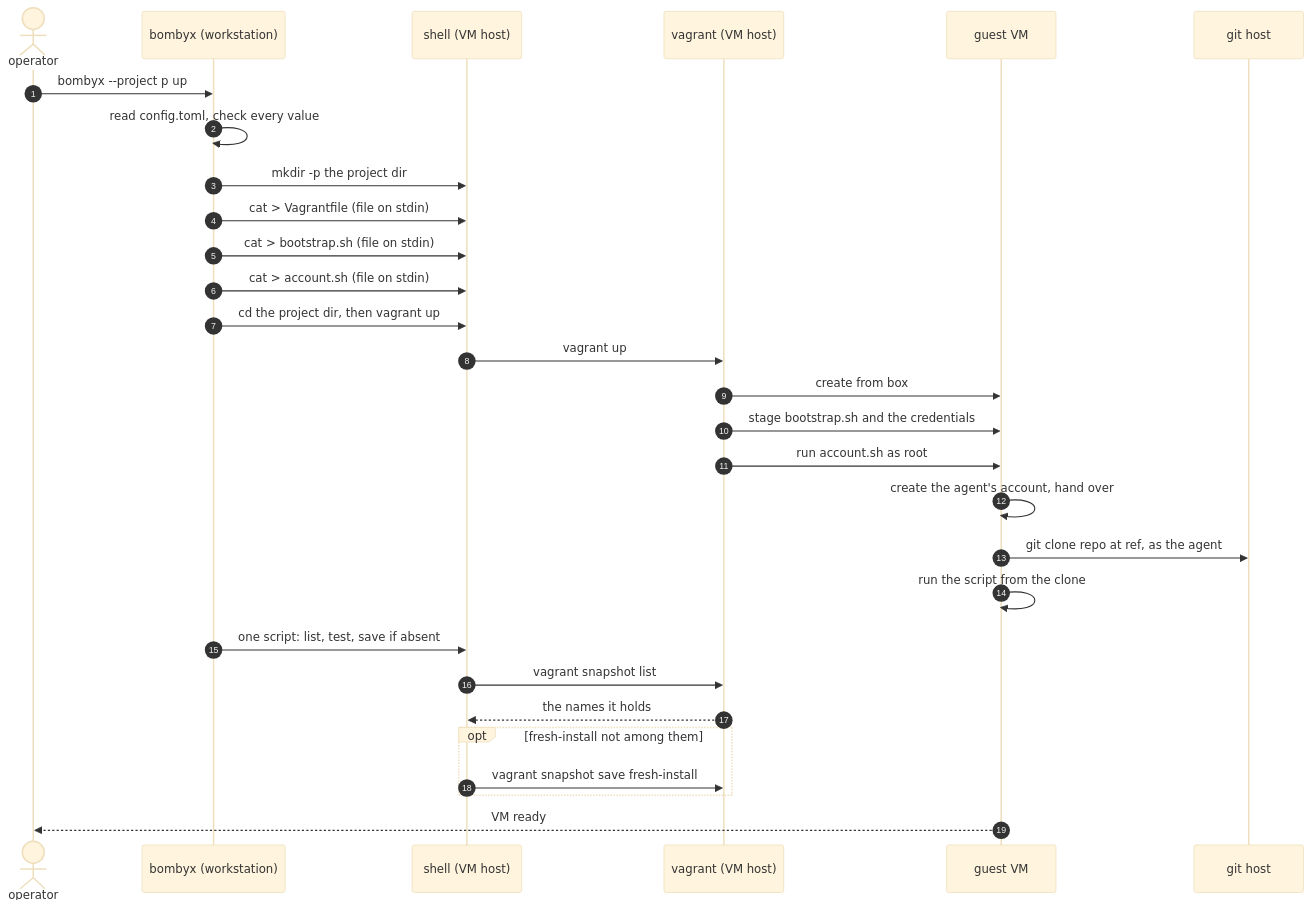
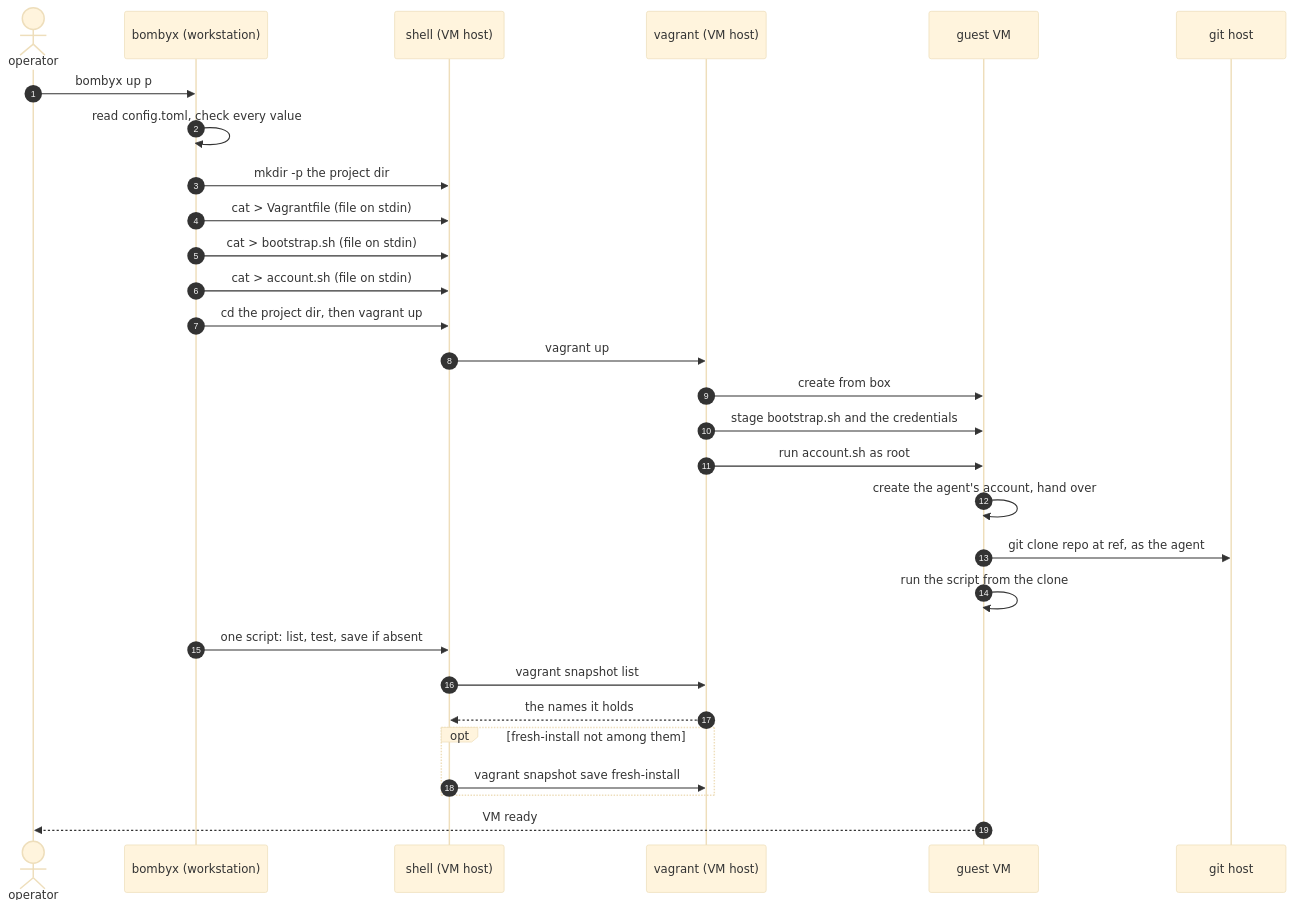
The fifth of 6 diagrams in docs/architecture.md (breki/bombyx), drawn with Mermaid (base theme) before and after one commit. The commit also changed other lines of this file and 13 other files, not shown here.

````diff
--- a/docs/architecture.md
+++ b/docs/architecture.md
@@ -286,32 +287,32 @@
 ```mermaid
 sequenceDiagram
   autonumber
   actor op as operator
   participant cli as bombyx (workstation)
   participant host as shell (VM host)
   participant vg as vagrant (VM host)
   participant guest as guest VM
   participant git as git host
 
-  op->>cli: bombyx --project p up
+  op->>cli: bombyx up p
   cli->>cli: read config.toml, check every value
   cli->>host: mkdir -p the project dir
   cli->>host: cat > Vagrantfile (file on stdin)
   cli->>host: cat > bootstrap.sh (file on stdin)
   cli->>host: cat > account.sh (file on stdin)
   cli->>host: cd the project dir, then vagrant up
   host->>vg: vagrant up
   vg->>guest: create from box
   vg->>guest: stage bootstrap.sh and the credentials
   vg->>guest: run account.sh as root
   guest->>guest: create the agent's account, hand over
   guest->>git: git clone repo at ref, as the agent
   guest->>guest: run the script from the clone
   cli->>host: one script: list, test, save if absent
   host->>vg: vagrant snapshot list
   vg-->>host: the names it holds
   opt fresh-install not among them
     host->>vg: vagrant snapshot save fresh-install
   end
   guest-->>op: VM ready
 ```
````
